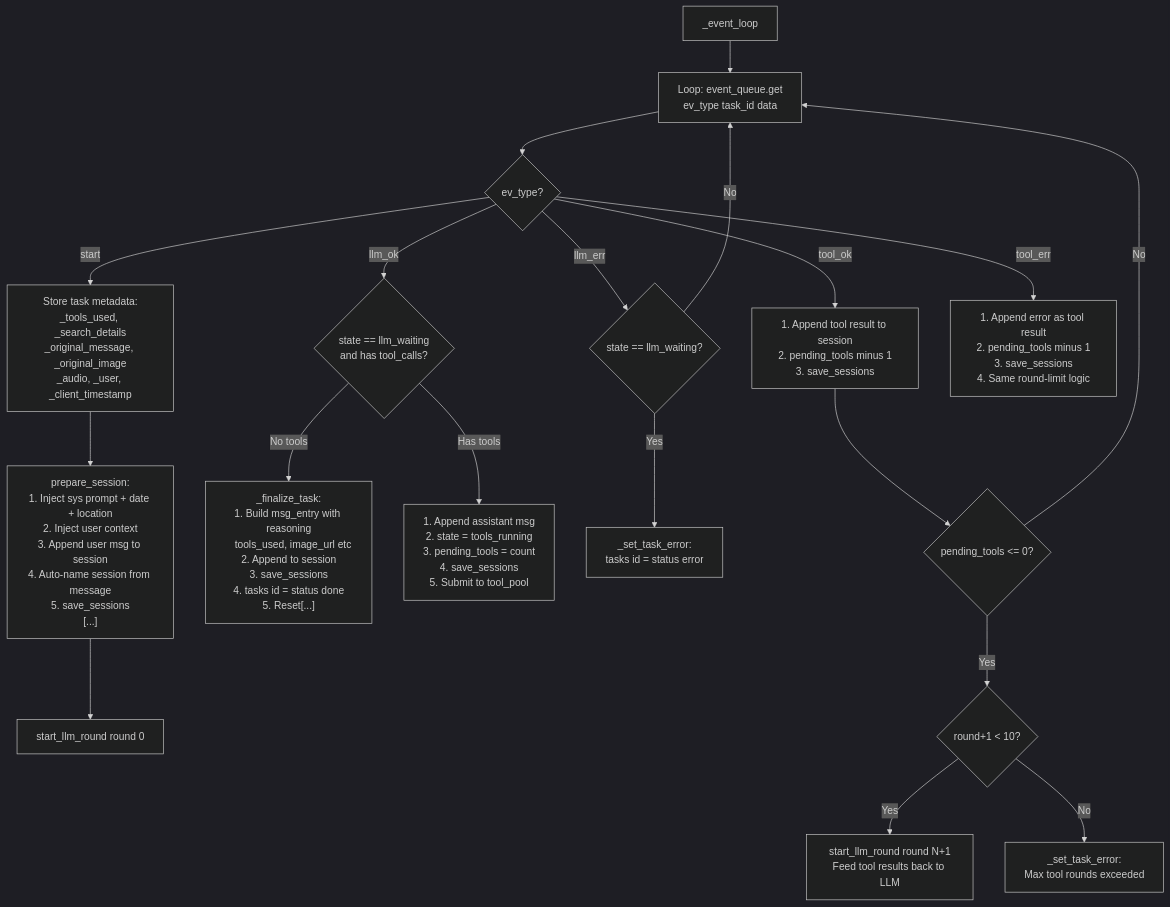
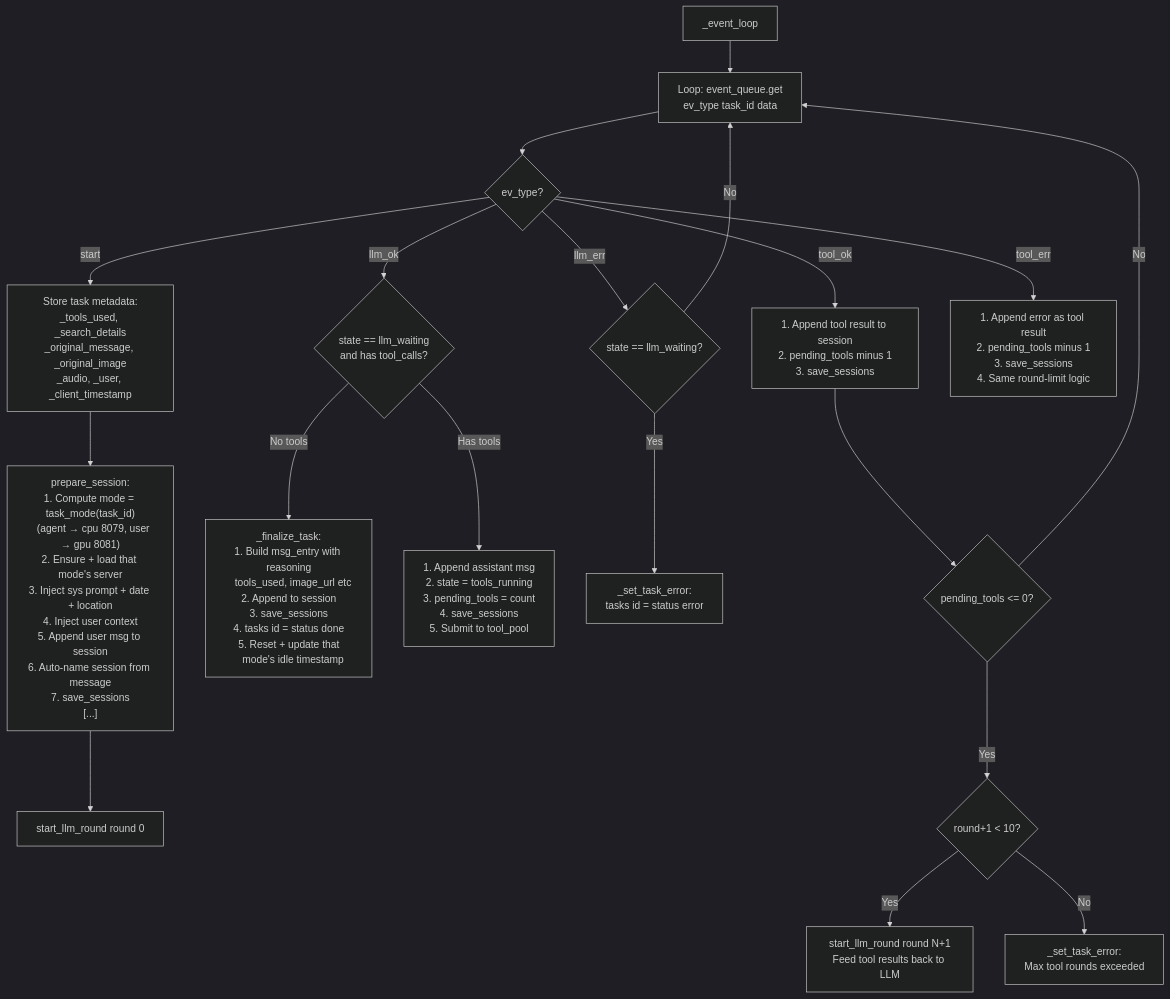
Before and after one commit to Palash90/local-ai: the ninth of 12 diagrams in README.md, drawn with Mermaid (dark theme). The commit also changed other lines of this file and 15 other files, not shown here.

````diff
--- a/README.md
+++ b/README.md
@@ -366,26 +409,26 @@
 ```mermaid
 graph TD
     E1["_event_loop"] --> EvLoop["Loop: event_queue.get\nev_type task_id data"]
     EvLoop --> EvDispatch{"ev_type?"}
 
     EvDispatch -- "start" --> EvStart["Store task metadata:\n_tools_used, _search_details\n_original_message, _original_image\n_audio, _user, _client_timestamp"]
-    EvStart --> PrepSession["prepare_session:\n1. Inject sys prompt + date + location\n2. Inject user context\n3. Append user msg to session\n4. Auto-name session from message\n5. save_sessions\n[...]" ]
+    EvStart --> PrepSession["prepare_session:\n1. Compute mode = task_mode(task_id)\n   (agent → cpu 8079, user → gpu 8081)\n2. Ensure + load that mode's server\n3. Inject sys prompt + date + location\n4. Inject user context\n5. Append user msg to session\n6. Auto-name session from message\n7. save_sessions\n[...]" ]
     PrepSession --> StartRound0["start_llm_round round 0"]
 
     EvDispatch -- "llm_ok" --> LLMOK{"state == llm_waiting\nand has tool_calls?"}
-    LLMOK -- "No tools" --> Finalize["_finalize_task:\n1. Build msg_entry with reasoning\n   tools_used, image_url etc\n2. Append to session\n3. save_sessions\n4. tasks id = status done\n5. Reset[...]"]
+    LLMOK -- "No tools" --> Finalize["_finalize_task:\n1. Build msg_entry with reasoning\n   tools_used, image_url etc\n2. Append to session\n3. save_sessions\n4. tasks id = status done\n5. Reset + update that\n   mode's idle timestamp"]
     LLMOK -- "Has tools" --> SubmitTools["1. Append assistant msg\n2. state = tools_running\n3. pending_tools = count\n4. save_sessions\n5. Submit to tool_pool"]
 
     EvDispatch -- "llm_err" --> LLMERR{"state == llm_waiting?"}
     LLMERR -- Yes --> LLMErrAction["_set_task_error:\ntasks id = status error"]
     LLMERR -- No --> EvLoop
 
     EvDispatch -- "tool_ok" --> ToolOK["1. Append tool result to session\n2. pending_tools minus 1\n3. save_sessions"]
     ToolOK --> AllToolsDone{"pending_tools <= 0?"}
     AllToolsDone -- No --> EvLoop
     AllToolsDone -- Yes --> NextRoundCheck{"round+1 < 10?"}
     NextRoundCheck -- Yes --> NextRound["start_llm_round round N+1\nFeed tool results back to LLM"]
     NextRoundCheck -- No --> MaxRoundsErr["_set_task_error:\nMax tool rounds exceeded"]
 
     EvDispatch -- "tool_err" --> ToolERR["1. Append error as tool result\n2. pending_tools minus 1\n3. save_sessions\n4. Same round-limit logic"]
 ```
````
